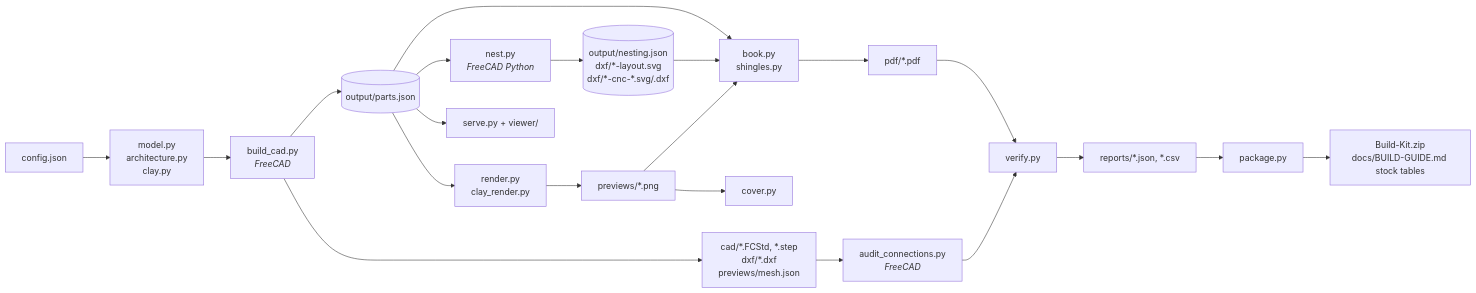
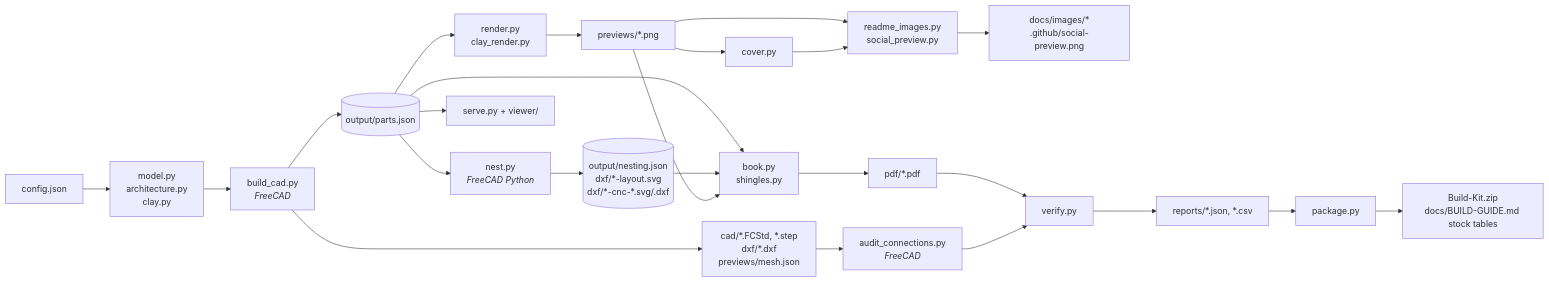
One commit to hvitis/LanternHouse changed the diagram in docs/PIPELINE.md. Above: the diagram before and after it, drawn with Mermaid. The commit also changed other lines of this file and 21 other files, not shown here.

````diff
--- a/docs/PIPELINE.md
+++ b/docs/PIPELINE.md
@@ -18,23 +18,26 @@
 ```mermaid
 flowchart LR
   cfg[config.json] --> model[model.py<br/>architecture.py<br/>clay.py]
   model --> cad[build_cad.py<br/><i>FreeCAD</i>]
   cad --> parts[(output/parts.json)]
   cad --> step[cad/*.FCStd, *.step<br/>dxf/*.dxf<br/>previews/mesh.json]
   parts --> nest[nest.py<br/><i>FreeCAD Python</i>]
   nest --> nesting[(output/nesting.json<br/>dxf/*-layout.svg<br/>dxf/*-cnc-*.svg/.dxf)]
   step --> audit[audit_connections.py<br/><i>FreeCAD</i>]
   parts --> render[render.py<br/>clay_render.py]
   render --> previews[previews/*.png]
   previews --> cover[cover.py]
+  previews --> readme[readme_images.py<br/>social_preview.py]
+  cover --> readme
+  readme --> readme_docs[docs/images/*<br/>.github/social-preview.png]
   parts --> book[book.py<br/>shingles.py]
   nesting --> book
   previews --> book
   book --> pdf[pdf/*.pdf]
   pdf --> verify[verify.py]
   audit --> verify
   verify --> reports[reports/*.json, *.csv]
   reports --> package[package.py]
   package --> zip[Build-Kit.zip<br/>docs/BUILD-GUIDE.md stock tables]
   parts --> viewer[serve.py + viewer/]
 ```
````
